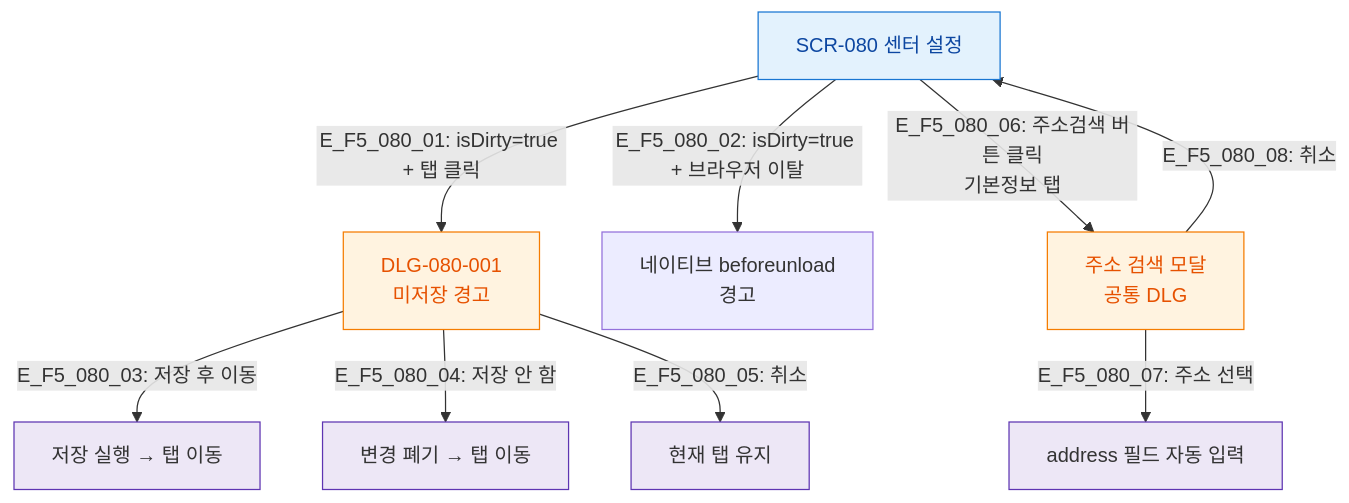
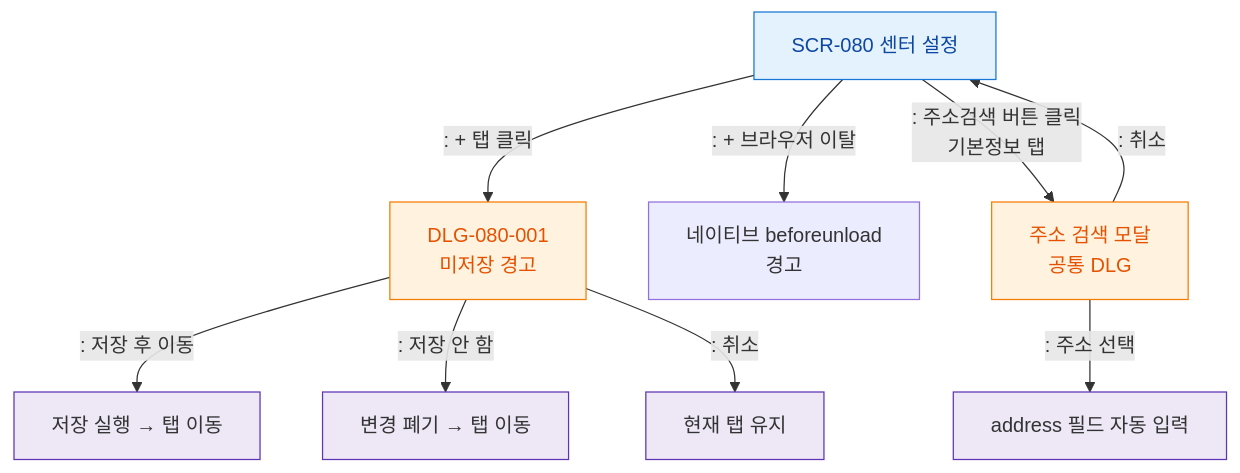
One commit to dev-spogym/admin-pando changed the diagram in docs/다이어그램/D09_설정관리/SCR-080_센터설정/F5_모달트리거.md. Above: the diagram before and after it, drawn with Mermaid. The commit also changed other lines of this file and 1660 other files, not shown here.

First line of the commit message:
다이어그램: 기획자/클라이언트 납품본으로 정리

````diff
--- a/docs/다이어그램/D09_설정관리/SCR-080_센터설정/F5_모달트리거.md
+++ b/docs/다이어그램/D09_설정관리/SCR-080_센터설정/F5_모달트리거.md
@@ -17,22 +15,22 @@
 ```mermaid
 flowchart TD
     SCR080[SCR-080 센터 설정]
 
-    SCR080 -->|"E_F5_080_01: isDirty=true + 탭 클릭"| DLG_001[DLG-080-001\n미저장 경고]
-    SCR080 -->|"E_F5_080_02: isDirty=true + 브라우저 이탈"| Browser_Warn[네이티브 beforeunload\n경고]
+    SCR080 -->|": + 탭 클릭"|DLG_001[DLG-080-001\n미저장 경고]
+    SCR080 -->|": + 브라우저 이탈"|Browser_Warn[네이티브 beforeunload\n경고]
 
-    DLG_001 -->|"E_F5_080_03: 저장 후 이동"| ACT_SAVE[저장 실행 → 탭 이동]
-    DLG_001 -->|"E_F5_080_04: 저장 안 함"| ACT_DISCARD[변경 폐기 → 탭 이동]
-    DLG_001 -->|"E_F5_080_05: 취소"| ACT_STAY[현재 탭 유지]
+    DLG_001 -->|": 저장 후 이동"|ACT_SAVE[저장 실행 → 탭 이동]
+    DLG_001 -->|": 저장 안 함"|ACT_DISCARD[변경 폐기 → 탭 이동]
+    DLG_001 -->|": 취소"|ACT_STAY[현재 탭 유지]
 
-    SCR080 -->|"E_F5_080_06: 주소검색 버튼 클릭\n기본정보 탭"| DLG_ADDR[주소 검색 모달\n공통 DLG]
-    DLG_ADDR -->|"E_F5_080_07: 주소 선택"| ACT_ADDR[address 필드 자동 입력]
-    DLG_ADDR -->|"E_F5_080_08: 취소"| SCR080
+    SCR080 -->|": 주소검색 버튼 클릭\n기본정보 탭"|DLG_ADDR[주소 검색 모달\n공통 DLG]
+    DLG_ADDR -->|": 주소 선택"|ACT_ADDR[address 필드 자동 입력]
+    DLG_ADDR -->|": 취소"|SCR080
 
     classDef screen fill:#E3F2FD,stroke:#1976D2,color:#0D47A1
     classDef modal fill:#FFF3E0,stroke:#F57C00,color:#E65100
     classDef system fill:#EDE7F6,stroke:#5E35B2
     class SCR080 screen
     class DLG_001,DLG_ADDR modal
     class ACT_SAVE,ACT_DISCARD,ACT_STAY,ACT_ADDR system
 ```
````
